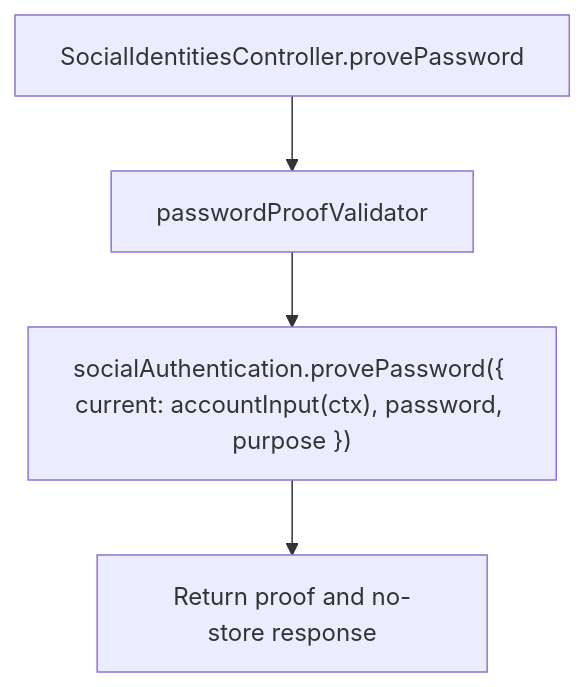
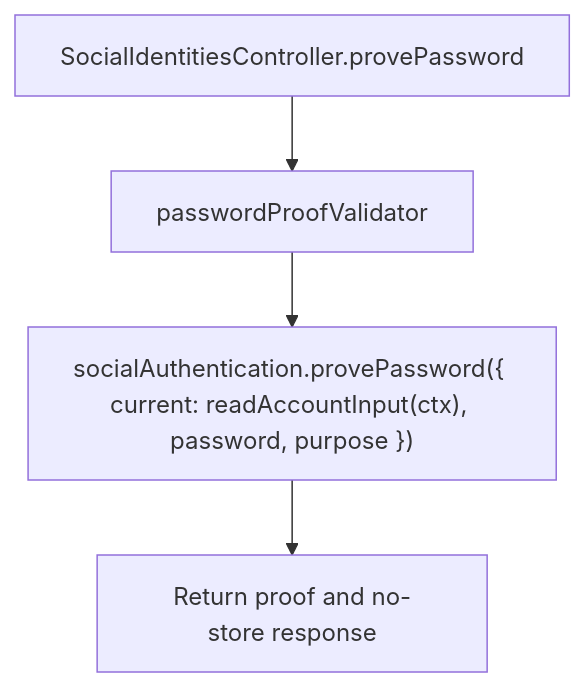
The second of 2 diagrams in user-stories/api/us-api-09-password-sensitive-proof.md (Kevinjohn/oss-adonisjs-starter-examples), drawn with Mermaid before and after one commit. The commit also changed other lines of this file and 27 other files, not shown here.

````diff
--- a/user-stories/api/us-api-09-password-sensitive-proof.md
+++ b/user-stories/api/us-api-09-password-sensitive-proof.md
@@ -35,6 +35,6 @@
 ```mermaid
 flowchart TD
     A["SocialIdentitiesController.provePassword"] --> B["passwordProofValidator"]
-    B --> C["socialAuthentication.provePassword({ current: accountInput(ctx), password, purpose })"]
+    B --> C["socialAuthentication.provePassword({ current: readAccountInput(ctx), password, purpose })"]
     C --> D["Return proof and no-store response"]
 ```
````
